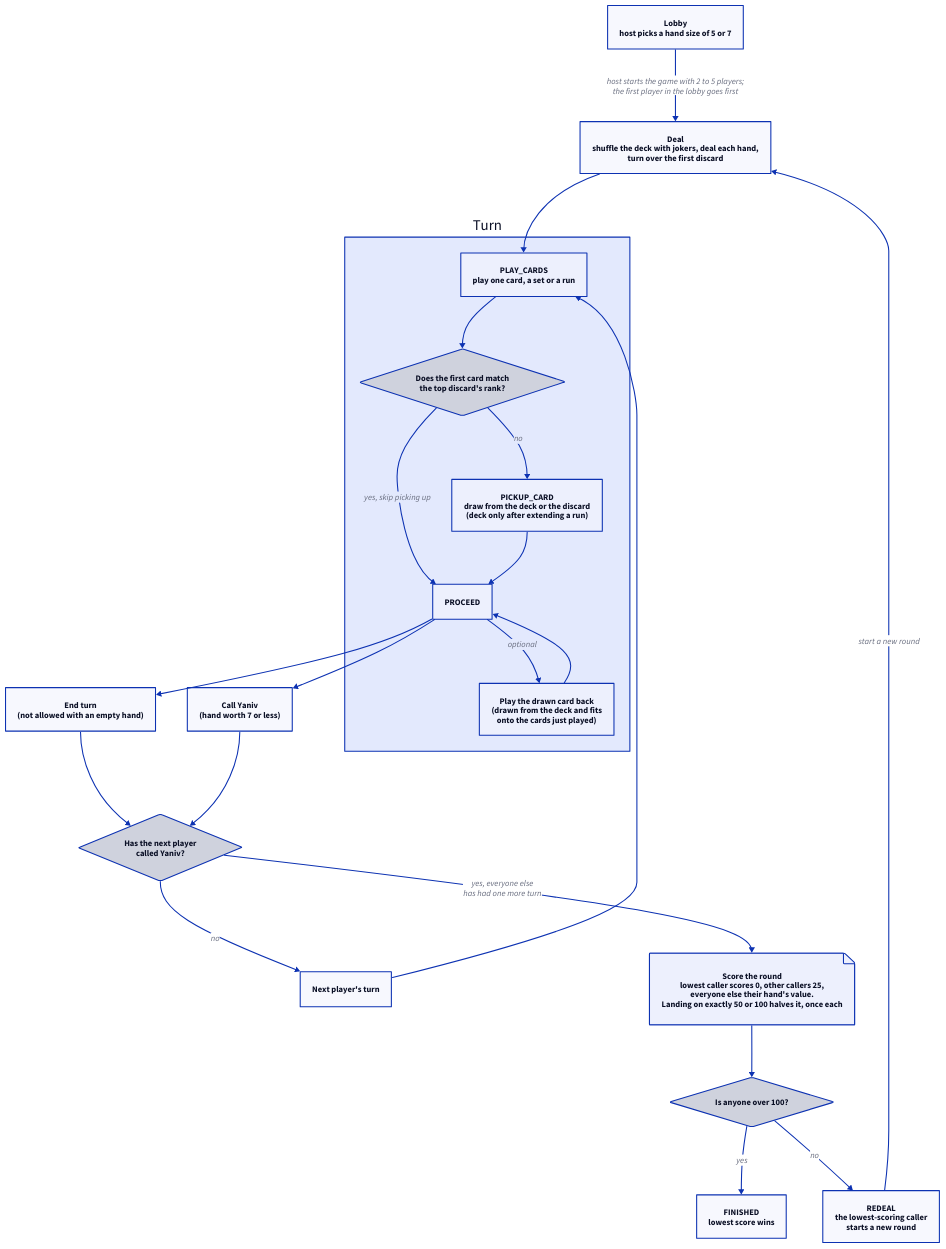
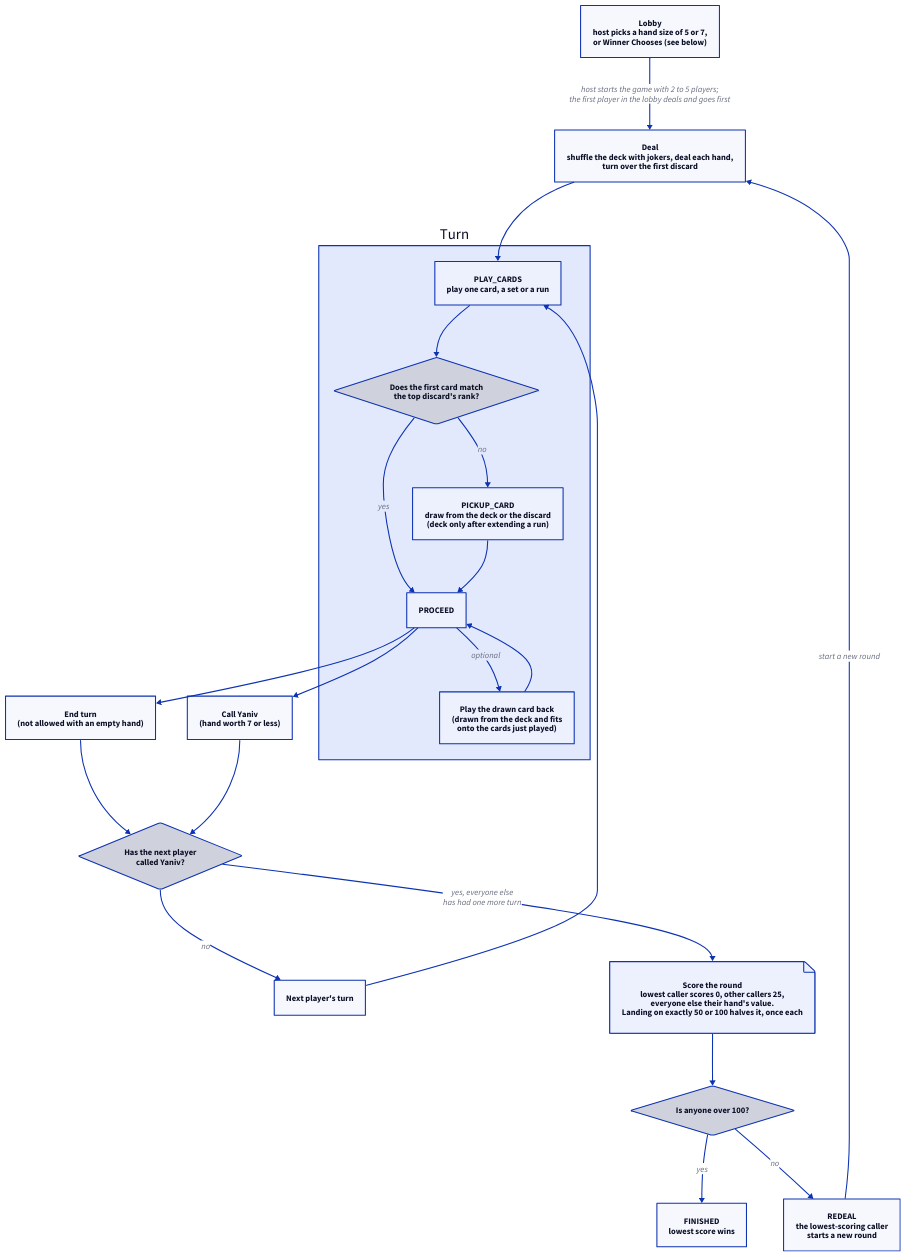
Before and after one commit to alastair-smith/card-games: the diagram in apps/docs/diagrams/flows/yaniv-game.d2, drawn with D2. The commit also changed 54 other files, not shown here.

First line of the commit message:
🚀 Let the winner of each Yaniv hand choose the next hand size (#362)

```diff
--- a/apps/docs/diagrams/flows/yaniv-game.d2
+++ b/apps/docs/diagrams/flows/yaniv-game.d2
@@ -1,47 +1,47 @@
 direction: down
 
-lobby: "Lobby\nhost picks a hand size of 5 or 7"
+lobby: "Lobby\nhost picks a hand size of 5 or 7,\nor Winner Chooses (see below)"
 deal: "Deal\nshuffle the deck with jokers, deal each hand,\nturn over the first discard"
 
 turn: "Turn" {
   play: "PLAY_CARDS\nplay one card, a set or a run"
   matches: "Does the first card match\nthe top discard's rank?" {shape: diamond}
   pickup: "PICKUP_CARD\ndraw from the deck or the discard\n(deck only after extending a run)"
   proceed: "PROCEED"
   play-back: "Play the drawn card back\n(drawn from the deck and fits\nonto the cards just played)"
 
   play -> matches
   matches -> pickup: no
-  matches -> proceed: yes, skip picking up
+  matches -> proceed: yes
   pickup -> proceed
   proceed -> play-back: optional
   play-back -> proceed
 }
 
 end-turn: "End turn\n(not allowed with an empty hand)"
 call-yaniv: "Call Yaniv\n(hand worth 7 or less)"
 next-called: "Has the next player\ncalled Yaniv?" {shape: diamond}
 next-player: Next player's turn
 
 score: "Score the round\nlowest caller scores 0, other callers 25,\neveryone else their hand's value.\nLanding on exactly 50 or 100 halves it, once each" {
   shape: page
 }
 over: "Is anyone over 100?" {shape: diamond}
 redeal: "REDEAL\nthe lowest-scoring caller\nstarts a new round"
 finished: "FINISHED\nlowest score wins"
 
-lobby -> deal: "host starts the game with 2 to 5 players;\nthe first player in the lobby goes first"
+lobby -> deal: "host starts the game with 2 to 5 players;\nthe first player in the lobby deals and goes first"
 deal -> turn.play
 
 turn.proceed -> end-turn
 turn.proceed -> call-yaniv
 end-turn -> next-called
 call-yaniv -> next-called
 next-called -> next-player: no
 next-player -> turn.play
 next-called -> score: "yes, everyone else\nhas had one more turn"
 
 score -> over
 over -> finished: yes
 over -> redeal: no
 redeal -> deal: start a new round
```
